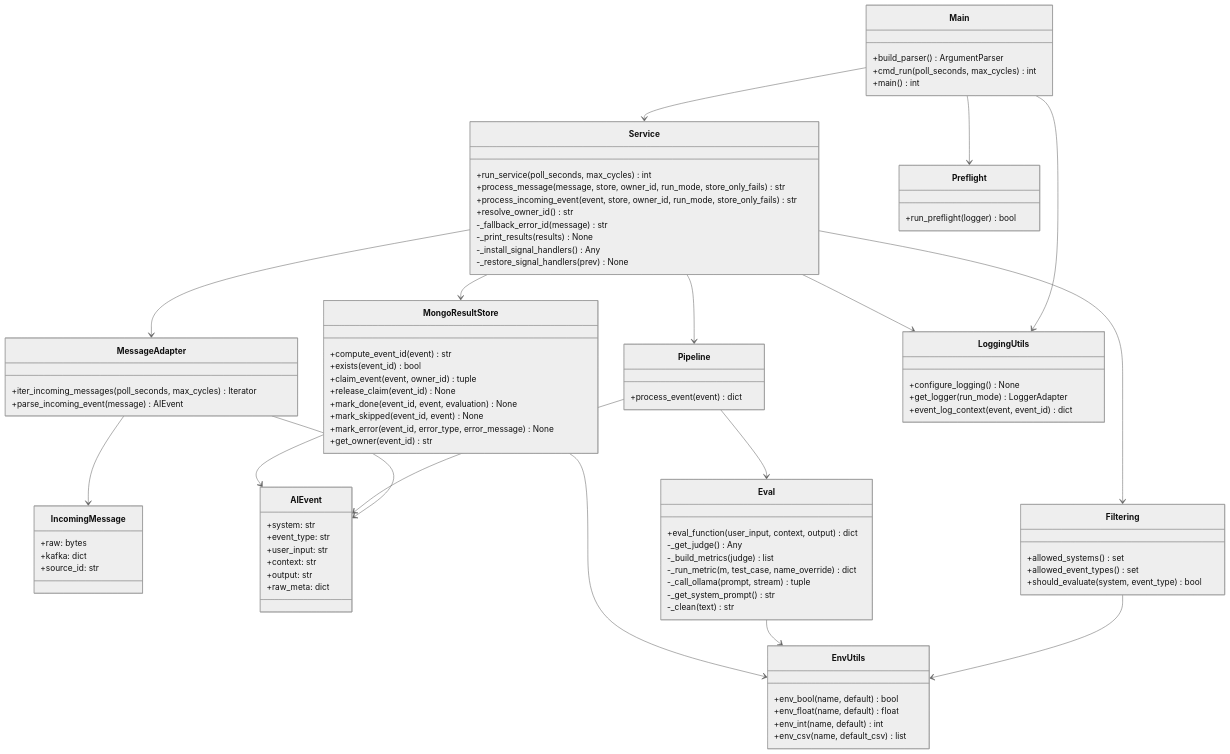
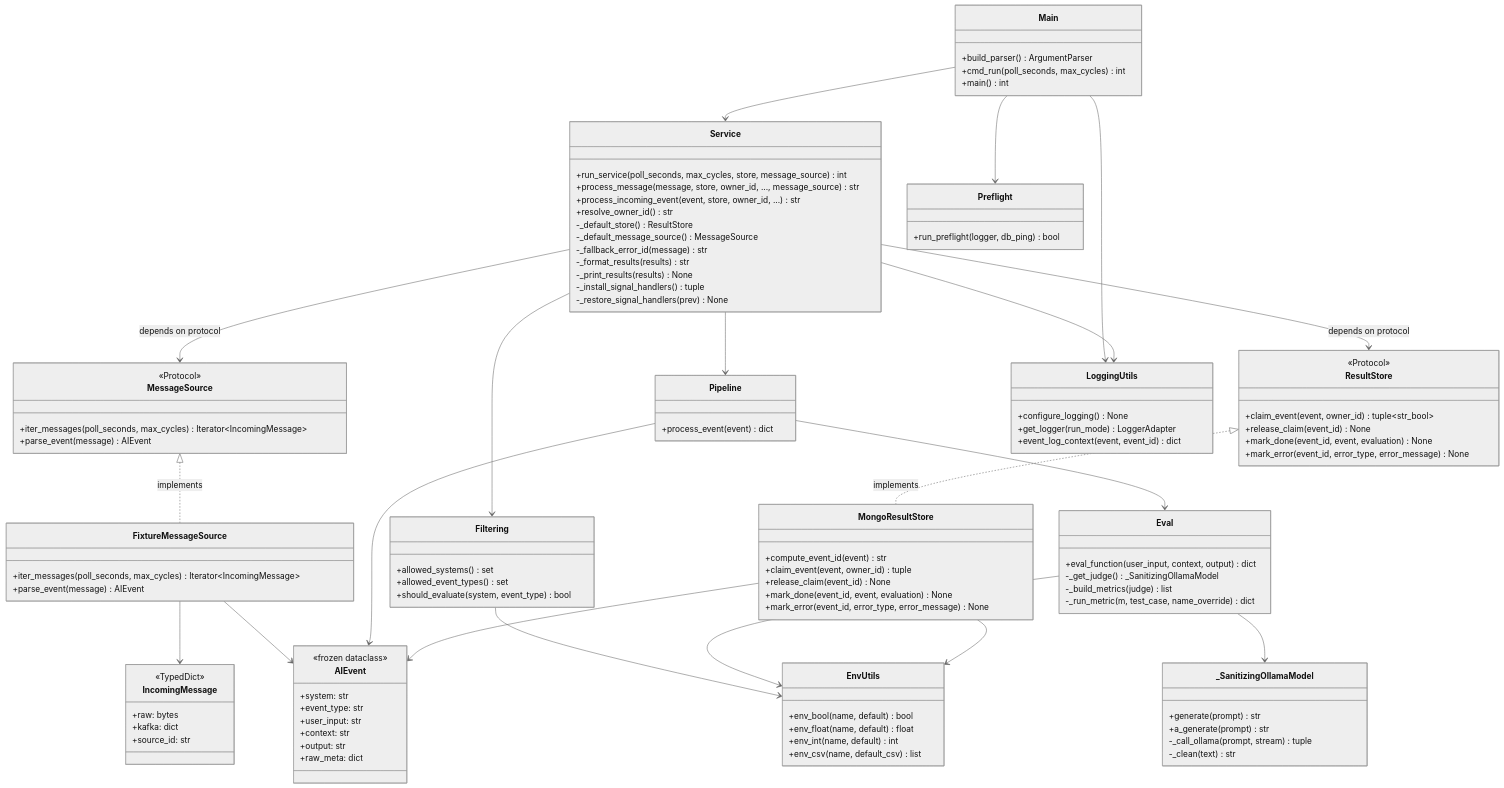
Before and after one commit to JaakkoLipp/Thesis_LLM_DeepEval_OSS: the first of 3 diagrams in docs/uml.md, drawn with Mermaid (neutral theme). The commit also changed other lines of this file and 27 other files, not shown here.

First line of the commit message:
input and storage protocol decoupling

```diff
--- a/docs/uml.md
+++ b/docs/uml.md
@@ -12,12 +12,14 @@
     }
 
     class IncomingMessage {
+      <<TypedDict>>
       +raw: bytes
       +kafka: dict
       +source_id: str
     }
 
     class AIEvent {
+      <<frozen dataclass>>
       +system: str
       +event_type: str
       +user_input: str
@@ -26,9 +28,31 @@
       +raw_meta: dict
     }
 
-    class MessageAdapter {
-      +iter_incoming_messages(poll_seconds, max_cycles) Iterator
-      +parse_incoming_event(message) AIEvent
+    class MessageSource {
+      <<Protocol>>
+      +iter_messages(poll_seconds, max_cycles) Iterator~IncomingMessage~
+      +parse_event(message) AIEvent
+    }
+
+    class FixtureMessageSource {
+      +iter_messages(poll_seconds, max_cycles) Iterator~IncomingMessage~
+      +parse_event(message) AIEvent
+    }
+
+    class ResultStore {
+      <<Protocol>>
+      +claim_event(event, owner_id) tuple~str_bool~
+      +release_claim(event_id) None
+      +mark_done(event_id, event, evaluation) None
+      +mark_error(event_id, error_type, error_message) None
+    }
+
+    class MongoResultStore {
+      +compute_event_id(event) str
+      +claim_event(event, owner_id) tuple
+      +release_claim(event_id) None
+      +mark_done(event_id, event, evaluation) None
+      +mark_error(event_id, error_type, error_message) None
     }
 
     class Filtering {
@@ -38,13 +62,16 @@
     }
 
     class Service {
-      +run_service(poll_seconds, max_cycles) int
-      +process_message(message, store, owner_id, run_mode, store_only_fails) str
-      +process_incoming_event(event, store, owner_id, run_mode, store_only_fails) str
+      +run_service(poll_seconds, max_cycles, store, message_source) int
+      +process_message(message, store, owner_id, ..., message_source) str
+      +process_incoming_event(event, store, owner_id, ...) str
       +resolve_owner_id() str
+      -_default_store() ResultStore
+      -_default_message_source() MessageSource
       -_fallback_error_id(message) str
+      -_format_results(results) str
       -_print_results(results) None
-      -_install_signal_handlers() Any
+      -_install_signal_handlers() tuple
       -_restore_signal_handlers(prev) None
     }
 
@@ -52,29 +79,22 @@
       +process_event(event) dict
     }
 
-    class Eval {
-      +eval_function(user_input, context, output) dict
-      -_get_judge() Any
-      -_build_metrics(judge) list
-      -_run_metric(m, test_case, name_override) dict
+    class _SanitizingOllamaModel {
+      +generate(prompt) str
+      +a_generate(prompt) str
       -_call_ollama(prompt, stream) tuple
-      -_get_system_prompt() str
       -_clean(text) str
     }
 
-    class MongoResultStore {
-      +compute_event_id(event) str
-      +exists(event_id) bool
-      +claim_event(event, owner_id) tuple
-      +release_claim(event_id) None
-      +mark_done(event_id, event, evaluation) None
-      +mark_skipped(event_id, event) None
-      +mark_error(event_id, error_type, error_message) None
-      +get_owner(event_id) str
+    class Eval {
+      +eval_function(user_input, context, output) dict
+      -_get_judge() _SanitizingOllamaModel
+      -_build_metrics(judge) list
+      -_run_metric(m, test_case, name_override) dict
     }
 
     class Preflight {
-      +run_preflight(logger) bool
+      +run_preflight(logger, db_ping) bool
     }
 
     class LoggingUtils {
@@ -89,22 +109,26 @@
       +main() int
     }
 
+    MessageSource <|.. FixtureMessageSource : implements
+    ResultStore <|.. MongoResultStore : implements
+
     Main --> Preflight
     Main --> LoggingUtils
     Main --> Service
 
-    MessageAdapter --> IncomingMessage
-    MessageAdapter --> AIEvent
+    FixtureMessageSource --> IncomingMessage
+    FixtureMessageSource --> AIEvent
 
-    Service --> MessageAdapter
+    Service --> MessageSource : depends on protocol
+    Service --> ResultStore : depends on protocol
     Service --> Filtering
     Service --> Pipeline
-    Service --> MongoResultStore
     Service --> LoggingUtils
 
     Pipeline --> Eval
     Pipeline --> AIEvent
 
+    Eval --> _SanitizingOllamaModel
     Filtering --> EnvUtils
     Eval --> EnvUtils
     MongoResultStore --> AIEvent
```
